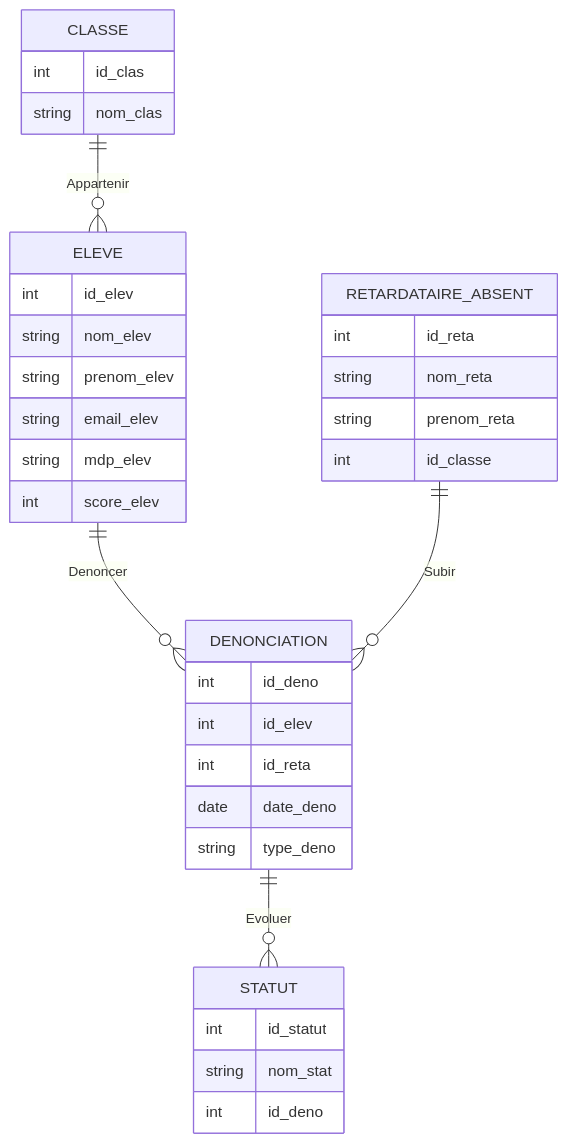
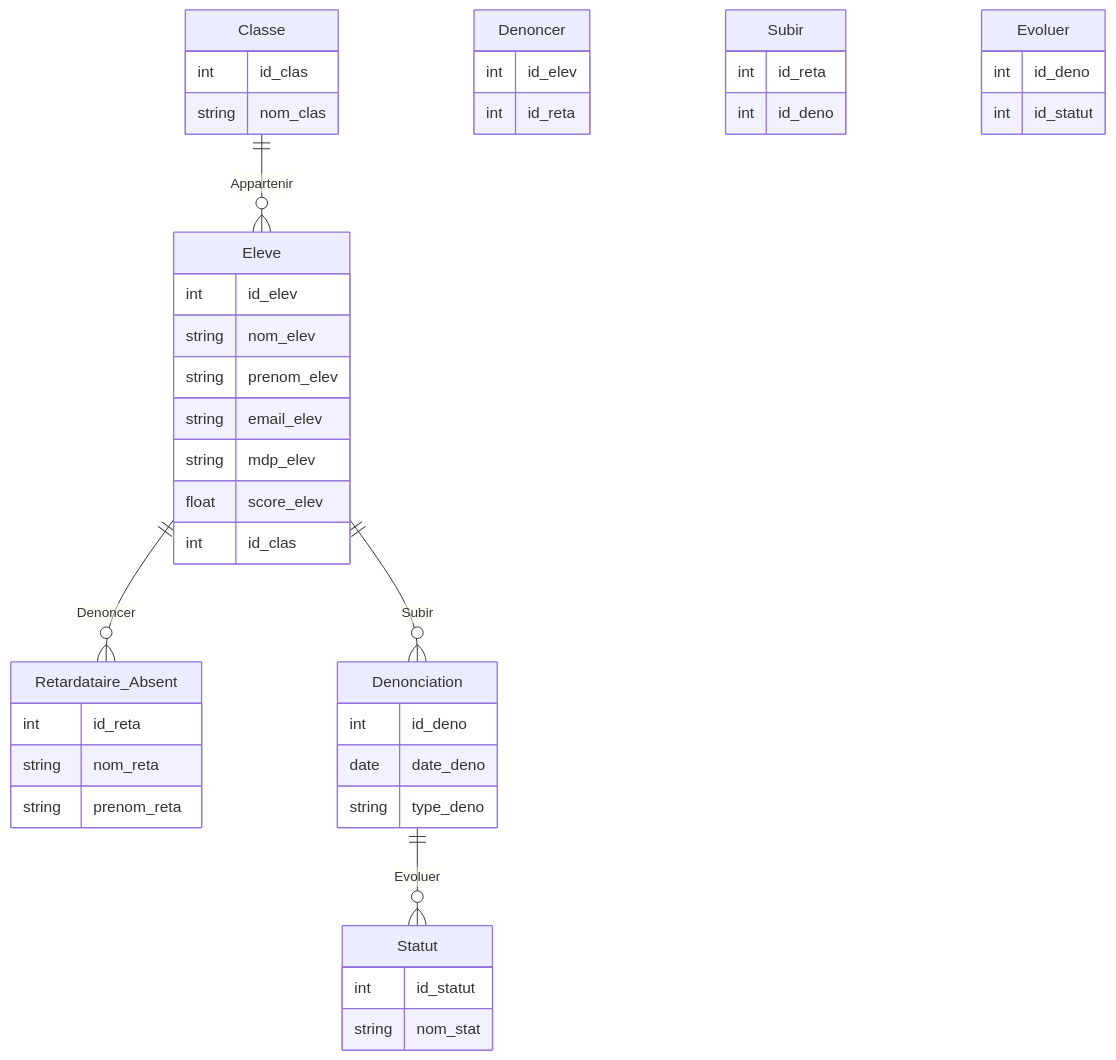
The diagram in README.md (Julio-Branco/SnitchandGO), drawn with Mermaid before and after one commit.

````diff
--- a/README.md
+++ b/README.md
@@ -127,45 +127,56 @@
 ```mermaid
-%%{ init: { "theme": "default", "flowchart": { "curve": "linear" } } }%%
 erDiagram
-    CLASSE {
+    Classe {
         int id_clas
         string nom_clas
     }
     
-    ELEVE {
+    Eleve {
         int id_elev
         string nom_elev
         string prenom_elev
         string email_elev
         string mdp_elev
-        int score_elev
+        float score_elev
+        int id_clas
     }
 
-    RETARDATAIRE_ABSENT {
+    Retardataire_Absent {
         int id_reta
         string nom_reta
         string prenom_reta
-        int id_classe
     }
-
-    DENONCIATION {
+    
+    Denonciation {
         int id_deno
-        int id_elev
-        int id_reta
         date date_deno
         string type_deno
     }
-
-    STATUT {
+    
+    Statut {
         int id_statut
         string nom_stat
+    }
+
+    Denoncer {
+        int id_elev
+        int id_reta
+    }
+    
+    Subir {
+        int id_reta
         int id_deno
     }
+    
+    Evoluer {
+        int id_deno
+        int id_statut
+    }
 
-    %% Relationships
-    CLASSE ||--o{ ELEVE : "Appartenir"
-    ELEVE ||--o{ DENONCIATION : "Denoncer"
-    RETARDATAIRE_ABSENT ||--o{ DENONCIATION : "Subir"
-    DENONCIATION ||--o{ STATUT : "Evoluer"
+    Classe ||--o{ Eleve : "Appartenir"
+    Eleve ||--o{ Retardataire_Absent : "Denoncer"
+    Eleve ||--o{ Denonciation : "Subir"
+    Denonciation ||--o{ Statut : "Evoluer"
+
 
 ```
````
